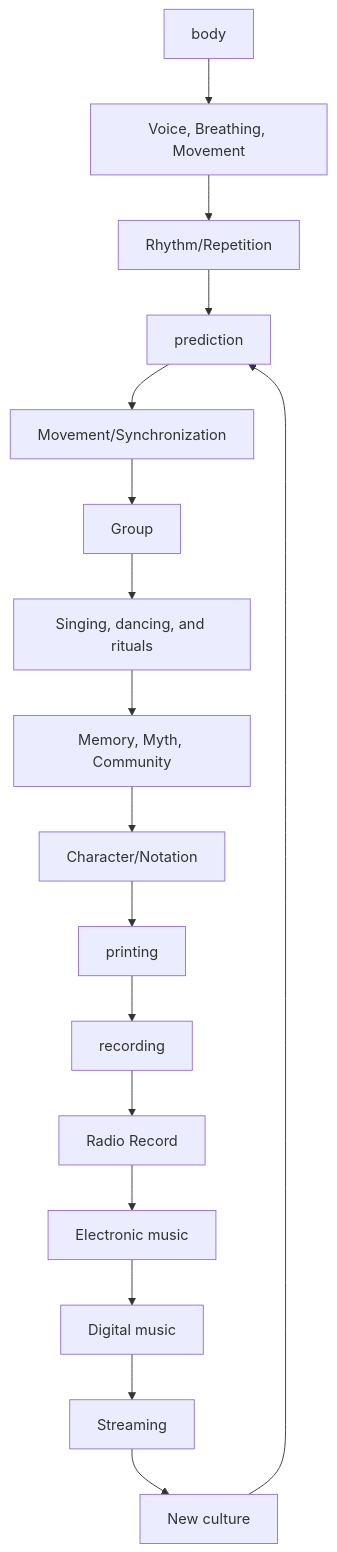
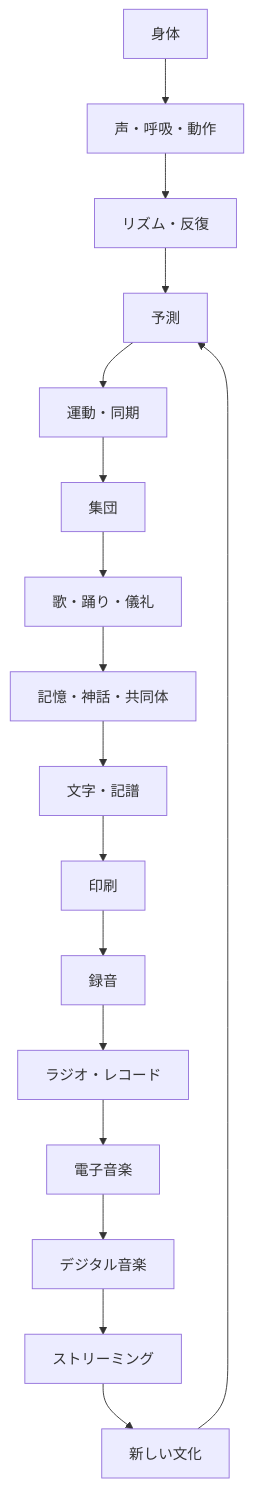
Before and after one commit to monumental-movement/monumental-movement.github.io: the third of 3 diagrams in en/_posts/2026-08-10-column-why-humans-invented-music-before-writing-part4.md, drawn with Mermaid. The commit also changed other lines of this file and 2196 other files, not shown here.

```diff
--- a/en/_posts/2026-08-10-column-why-humans-invented-music-before-writing-part4.md
+++ b/en/_posts/2026-08-10-column-why-humans-invented-music-before-writing-part4.md
@@ -2183,19 +2183,19 @@
 <div class="mermaid">
 flowchart TD
-    A["body"] --> B["Voice, Breathing, Movement"]
-    B --> C["Rhythm/Repetition"]
-    C --> D["prediction"]
-    D --> E["Movement/Synchronization"]
-    E --> F["Group"]
-    F --> G["Singing, dancing, and rituals"]
-    G --> H["Memory, Myth, Community"]
-    H --> I["Character/Notation"]
-    I --> J["printing"]
-    J --> K["recording"]
-    K --> L["Radio Record"]
-    L --> M["Electronic music"]
-    M --> N["Digital music"]
-    N --> O["Streaming"]
-    O --> P["New culture"]
+    A["身体"] --> B["声・呼吸・動作"]
+    B --> C["リズム・反復"]
+    C --> D["予測"]
+    D --> E["運動・同期"]
+    E --> F["集団"]
+    F --> G["歌・踊り・儀礼"]
+    G --> H["記憶・神話・共同体"]
+    H --> I["文字・記譜"]
+    I --> J["印刷"]
+    J --> K["録音"]
+    K --> L["ラジオ・レコード"]
+    L --> M["電子音楽"]
+    M --> N["デジタル音楽"]
+    N --> O["ストリーミング"]
+    O --> P["新しい文化"]
     P --> D
 </div>
```
